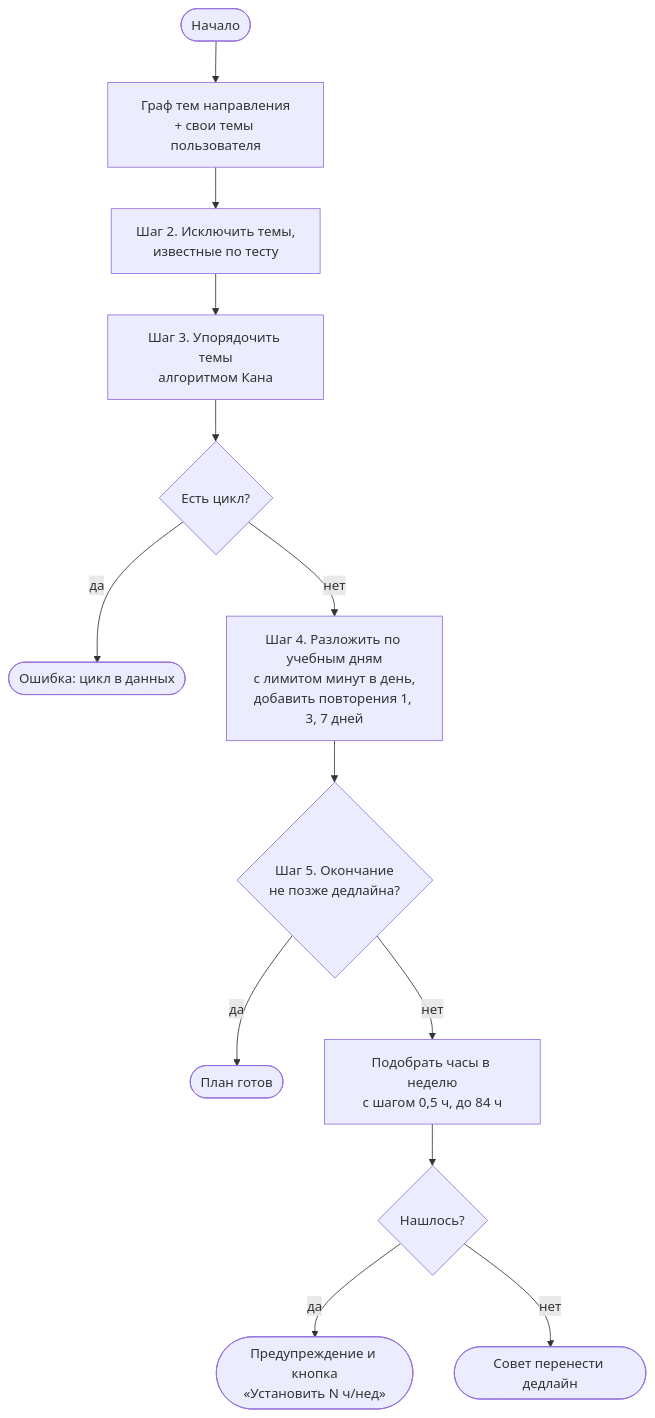
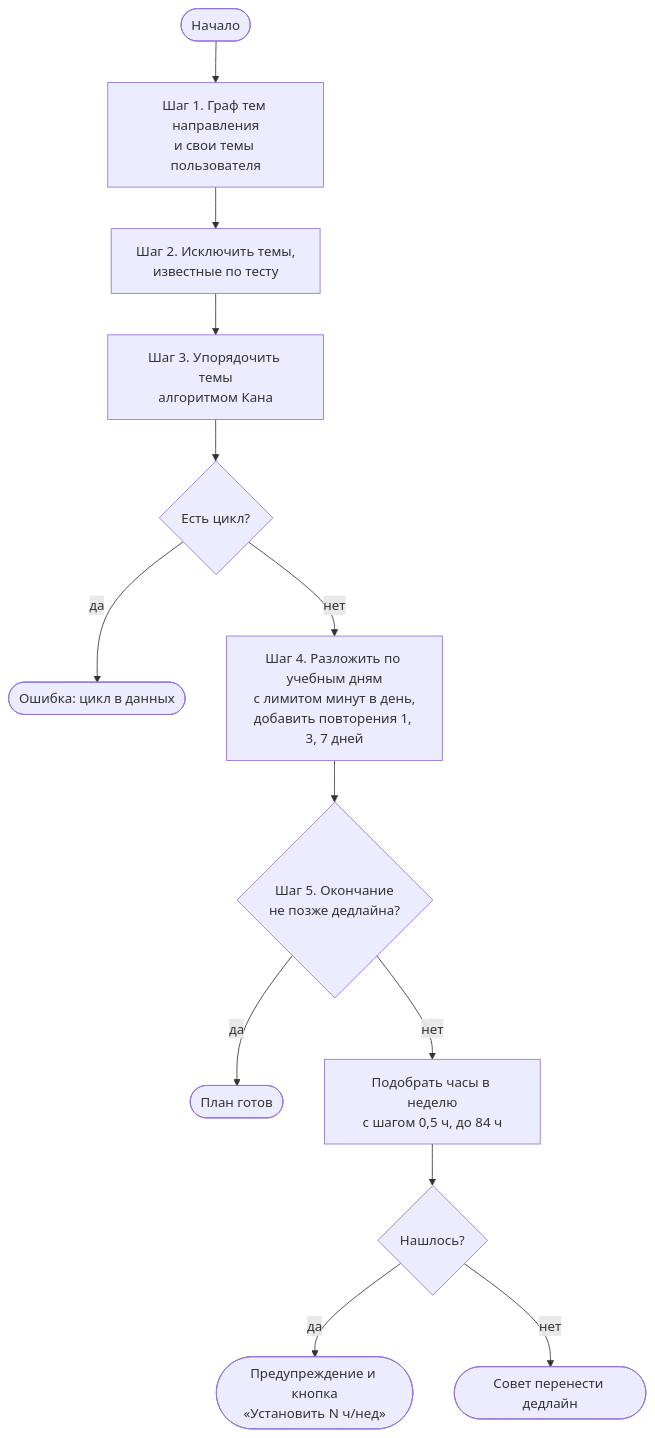
The third of 4 diagrams in docs/coursework/04_chapter2_practice.md (Barin5550/3_KURS_DIPLOMKA_BOBR_S), drawn with Mermaid before and after one commit. The commit also changed other lines of this file and 12 other files, not shown here.

First line of the commit message:
Курсовая: оформление схем, таблиц и приложений

````diff
--- a/docs/coursework/04_chapter2_practice.md
+++ b/docs/coursework/04_chapter2_practice.md
@@ -229,15 +194,15 @@
 ```mermaid
 flowchart TD
-    A([Начало]) --> B["Граф тем направления<br/>+ свои темы пользователя"]
+    A([Начало]) --> B["Шаг 1. Граф тем направления<br/>и свои темы пользователя"]
     B --> C["Шаг 2. Исключить темы,<br/>известные по тесту"]
     C --> D["Шаг 3. Упорядочить темы<br/>алгоритмом Кана"]
     D --> E{"Есть цикл?"}
     E -- да --> F([Ошибка: цикл в данных])
     E -- нет --> G["Шаг 4. Разложить по учебным дням<br/>с лимитом минут в день,<br/>добавить повторения 1, 3, 7 дней"]
     G --> H{"Шаг 5. Окончание<br/>не позже дедлайна?"}
     H -- да --> I([План готов])
     H -- нет --> J["Подобрать часы в неделю<br/>с шагом 0,5 ч, до 84 ч"]
     J --> K{"Нашлось?"}
     K -- да --> L(["Предупреждение и кнопка<br/>«Установить N ч/нед»"])
     K -- нет --> M(["Совет перенести дедлайн"])
 ```
````
